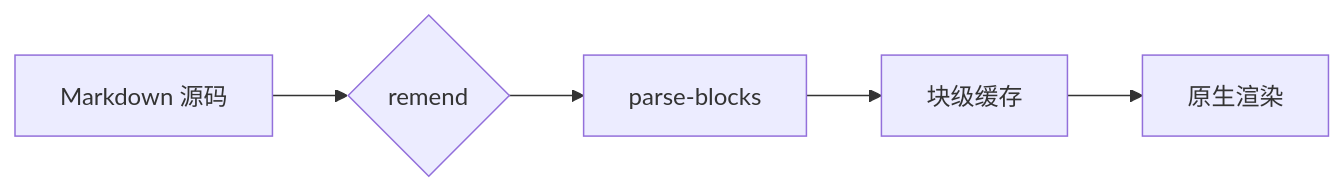
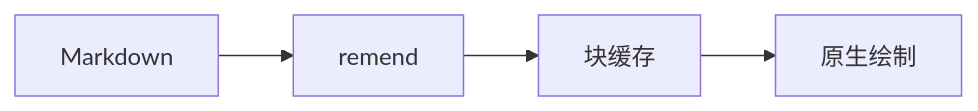
The diagram in docs/showcase.md (racall/zant-ui), drawn with Mermaid before and after one commit. The commit also changed other lines of this file and 20 other files, not shown here.

````diff
--- a/docs/showcase.md
+++ b/docs/showcase.md
@@ -61,7 +40,6 @@
 ```mermaid
 flowchart LR
-  A[Markdown 源码] --> B{remend}
-  B --> C[parse-blocks]
-  C --> D[块级缓存]
-  D --> E[原生渲染]
+  A[Markdown] --> B[remend]
+  B --> C[块缓存]
+  C --> D[原生绘制]
 ```
````
